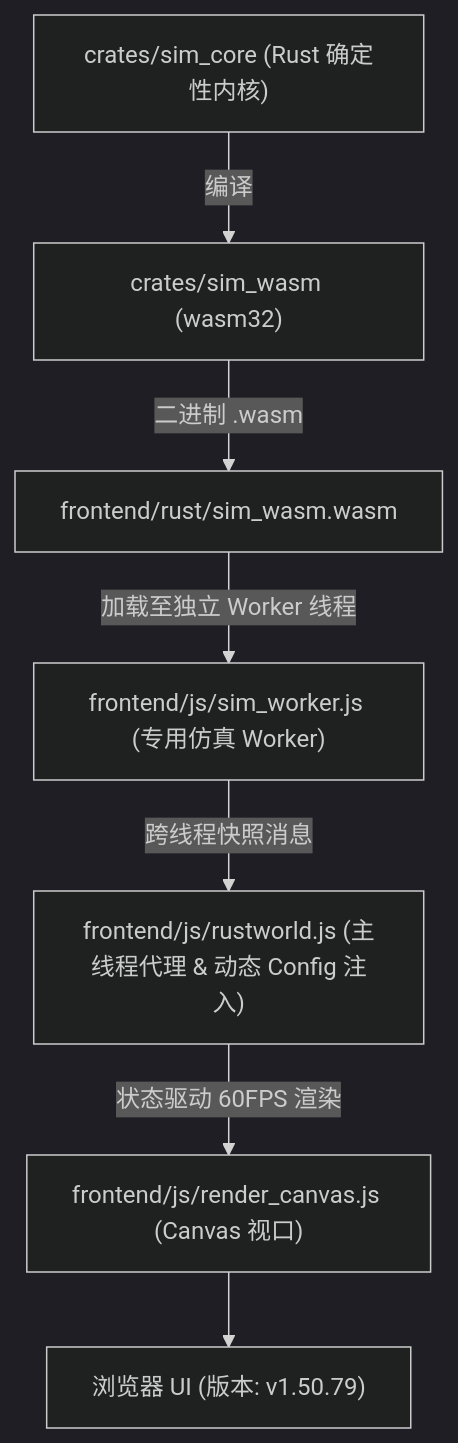
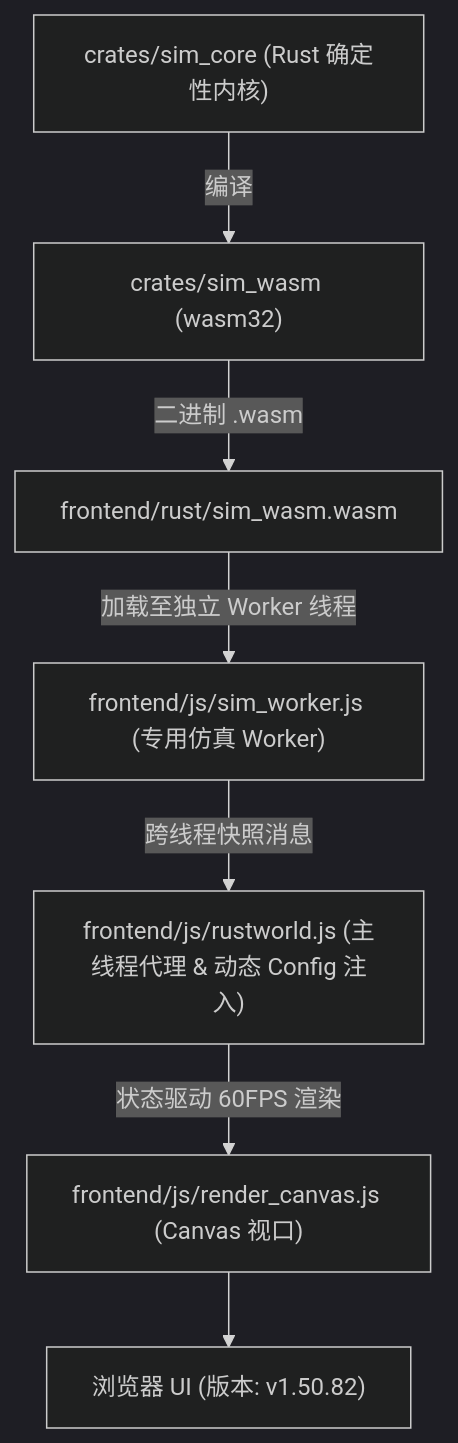
Before and after one commit to g39088902/FlowAndAccord: the diagram in AGENTS.md, drawn with Mermaid (dark theme). The commit also changed other lines of this file and 48 other files, not shown here.

````diff
--- a/AGENTS.md
+++ b/AGENTS.md
@@ -61,10 +61,10 @@
 ```mermaid
 graph TD
     A["crates/sim_core (Rust 确定性内核)"] -->|编译| B["crates/sim_wasm (wasm32)"]
     B -->|二进制 .wasm| C["frontend/rust/sim_wasm.wasm"]
     C -->|加载至独立 Worker 线程| D["frontend/js/sim_worker.js (专用仿真 Worker)"]
     D -->|跨线程快照消息| E["frontend/js/rustworld.js (主线程代理 & 动态 Config 注入)"]
     E -->|状态驱动 60FPS 渲染| F["frontend/js/render_canvas.js (Canvas 视口)"]
-    F --> G["浏览器 UI (版本: v1.50.79)"]
+    F --> G["浏览器 UI (版本: v1.50.82)"]
 
 ```
````
